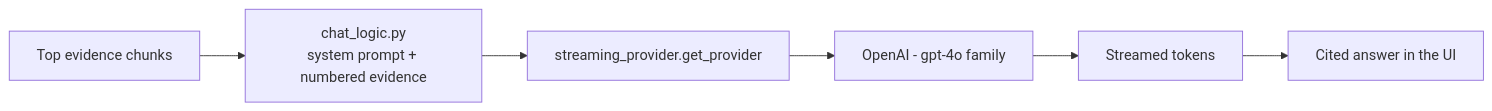
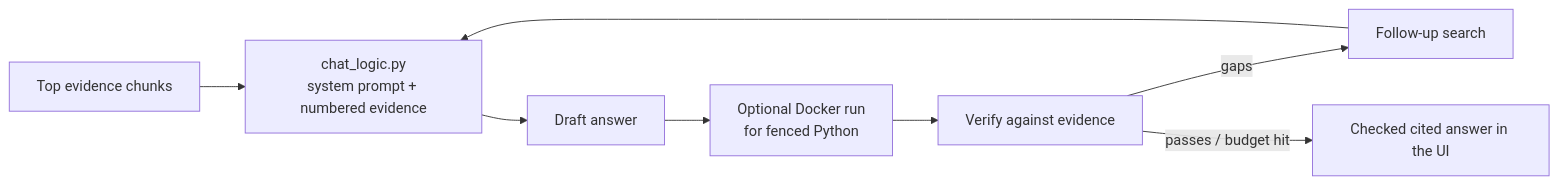
The fourth of 5 diagrams in docs/PIPELINE.md (anistondeveloperteam-ANT/Audio-research-assistant), drawn with Mermaid before and after one commit. The commit also changed other lines of this file and 7 other files, not shown here.

````diff
--- a/docs/PIPELINE.md
+++ b/docs/PIPELINE.md
@@ -196,8 +196,10 @@
 ```mermaid
 flowchart LR
     EV[Top evidence chunks] --> SP[chat_logic.py<br/>system prompt + numbered evidence]
-    SP --> PROV[streaming_provider.get_provider]
-    PROV --> OAI[OpenAI - gpt-4o family]
-    OAI --> TOK[Streamed tokens]
-    TOK --> ANS[Cited answer in the UI]
+    SP --> DRAFT[Draft answer]
+    DRAFT --> SIM[Optional Docker run<br/>for fenced Python]
+    SIM --> VERIFY[Verify against evidence]
+    VERIFY -->|gaps| SEARCH[Follow-up search]
+    SEARCH --> SP
+    VERIFY -->|passes / budget hit| ANS[Checked cited answer in the UI]
 ```
````
